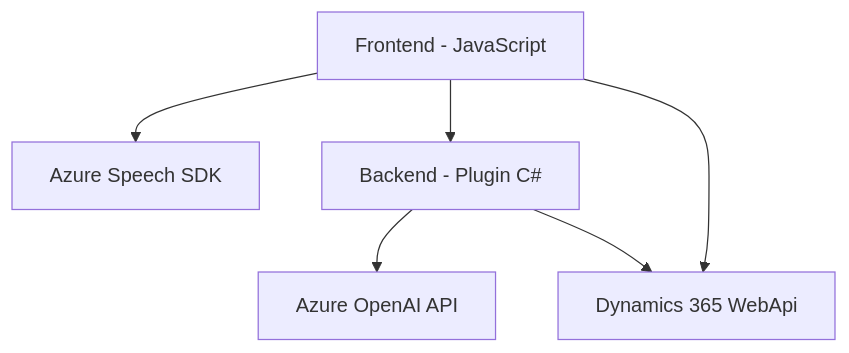
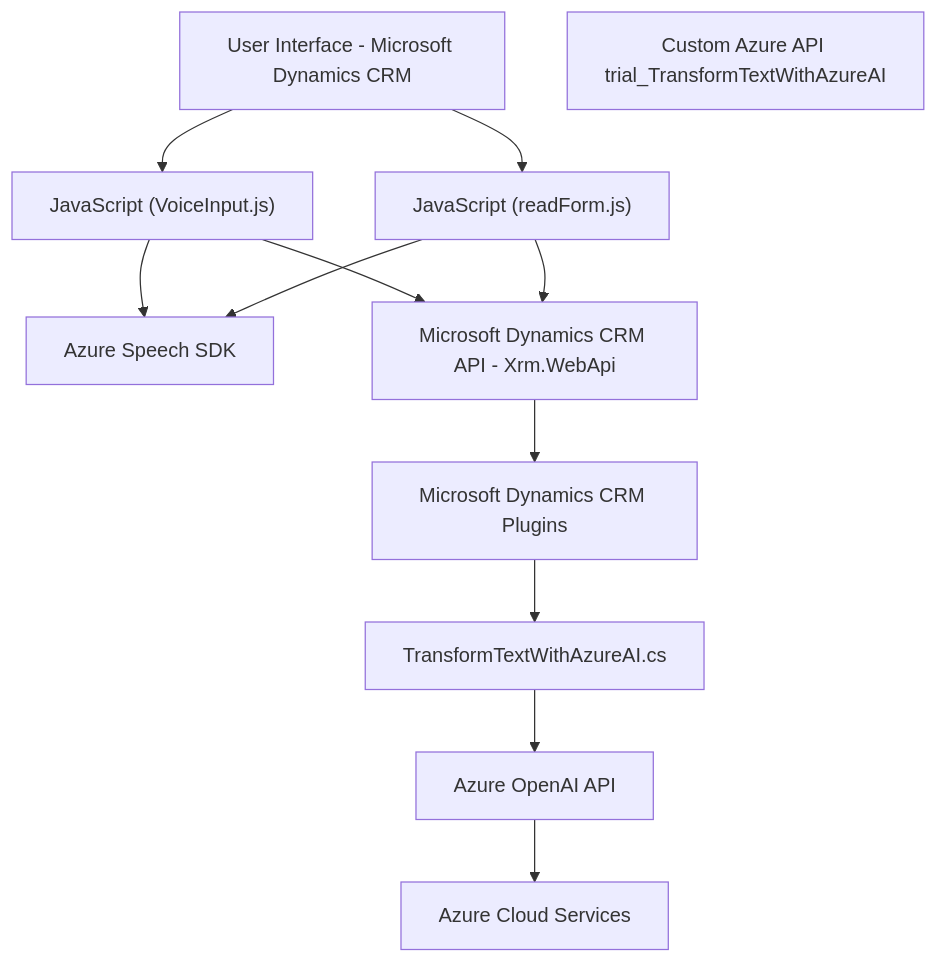
Before and after one commit to blopezdm/NETCORE_BILBAO2025: the diagram in README.md, drawn with Mermaid. The commit also changed other lines of this file, not shown here.

````diff
--- a/README.md
+++ b/README.md
@@ -63,14 +41,23 @@
 ```mermaid
 graph TD
-    A["Frontend - JavaScript"]
-    B["Backend - Plugin C#"]
-    C["Azure Speech SDK"]
-    D["Azure OpenAI API"]
-    E["Dynamics 365 WebApi"]
-
+    A["User Interface - Microsoft Dynamics CRM"]
+    B["JavaScript (VoiceInput.js)"]
+    C["JavaScript (readForm.js)"]
+    D["Microsoft Dynamics CRM Plugins"]
+    E["TransformTextWithAzureAI.cs"]
+    F["Azure Speech SDK"]
+    G["Microsoft Dynamics CRM API - Xrm.WebApi"]
+    H["Azure OpenAI API"]
+    I["Custom Azure API trial_TransformTextWithAzureAI"]
+    J["Azure Cloud Services"]
+    A --> B
     A --> C
-    A --> B
-    A --> E
-    B --> D
-    B --> E
+    B --> F
+    C --> F
+    B --> G
+    C --> G
+    G --> D
+    D --> E
+    E --> H
+    H --> J
 ```
````
